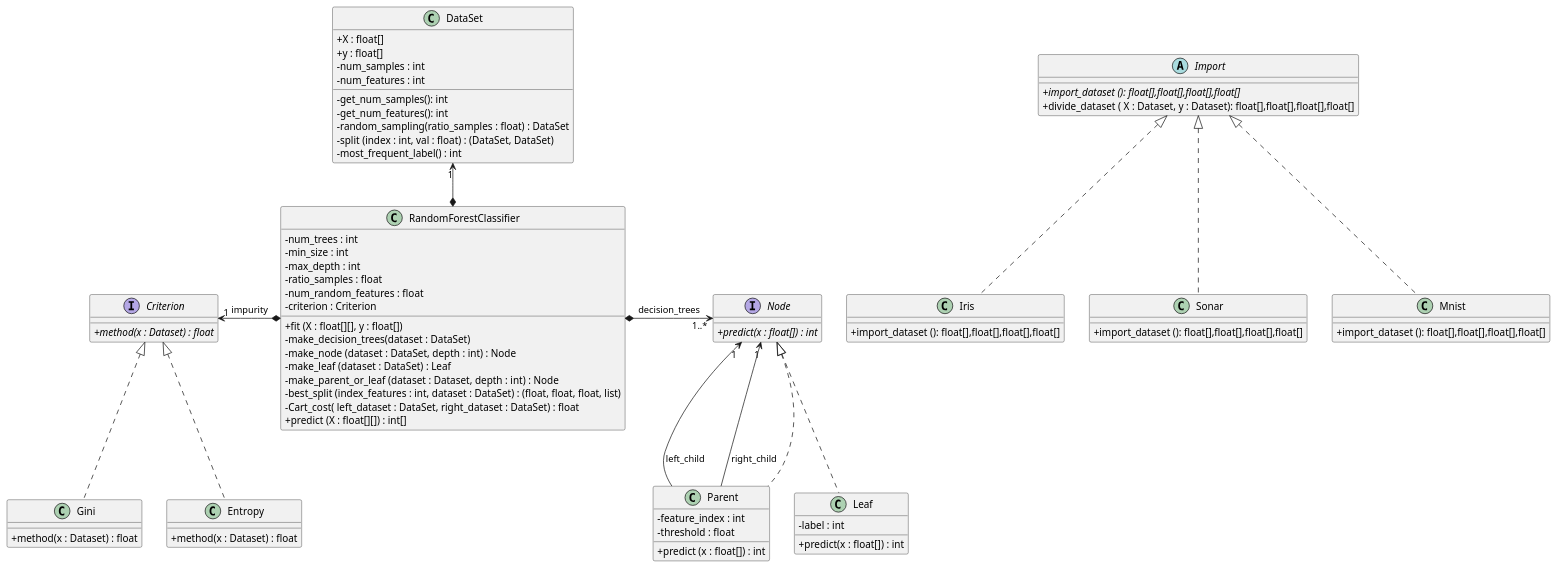
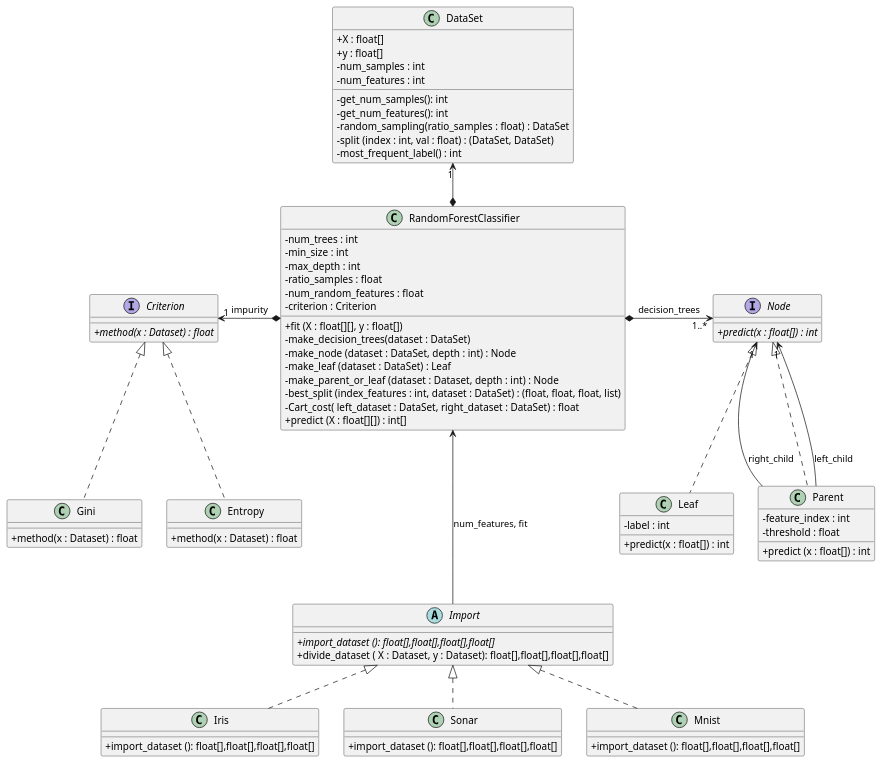
Before and after one commit to NIU1750517/POO_practica: the diagram in Milestone1/diagrama1.puml, drawn with PlantUML.

```diff
--- a/Milestone1/diagrama1.puml
+++ b/Milestone1/diagrama1.puml
@@ -1,86 +1,87 @@
 @startuml
 'https://plantuml.com/class-diagram
 
 ' - added class Criterion and derivatives that contains what's common of all
 '   criteria, before in RandomForestClassifier
 
 skinparam classAttributeIconSize 0
 skinparam noteFontSize 11
 'skinparam linetype ortho
 'skinparam linetype polyline
 
 class RandomForestClassifier {
 - num_trees : int
 - min_size : int
 - max_depth : int
 - ratio_samples : float
 - num_random_features : float
 - criterion : Criterion
 + fit (X : float[][], y : float[])
 - make_decision_trees(dataset : DataSet)
 - make_node (dataset : DataSet, depth : int) : Node
 - make_leaf (dataset : DataSet) : Leaf
 - make_parent_or_leaf (dataset : Dataset, depth : int) : Node
 - best_split (index_features : int, dataset : DataSet) : (float, float, float, list)
 - Cart_cost( left_dataset : DataSet, right_dataset : DataSet) : float
 + predict (X : float[][]) : int[]
 }
 class DataSet{
     + X : float[]
     + y : float[]
     - num_samples : int 
     - num_features : int
     - get_num_samples(): int
     - get_num_features(): int
     - random_sampling(ratio_samples : float) : DataSet
     - split (index : int, val : float) : (DataSet, DataSet)
     - most_frequent_label() : int
 
 }
 abstract Import{
     + {abstract} import_dataset (): float[],float[],float[],float[]
     + divide_dataset ( X : Dataset, y : Dataset): float[],float[],float[],float[]
 }
 class Iris implements Import{
     + import_dataset (): float[],float[],float[],float[]
 }
 class Sonar implements Import{
     + import_dataset (): float[],float[],float[],float[]
 }
 class Mnist implements Import{
     + import_dataset (): float[],float[],float[],float[]
 }
 interface Criterion {
    + {abstract} method(x : Dataset) : float
 }
 class Gini implements Criterion {
     + method(x : Dataset) : float
 }
 class Entropy implements Criterion {
     + method(x : Dataset) : float
 }
 interface Node {
 + {abstract} predict(x : float[]) : int
 }
 
 class Leaf implements Node {
 - label : int
 + predict(x : float[]) : int
 }
 
 class Parent implements Node {
 - feature_index : int
 - threshold : float
 + predict (x : float[]) : int
 }
 
 ' associacions
 RandomForestClassifier *-right-> "1..*" Node : decision_trees
 RandomForestClassifier *-left-> "1" Criterion : impurity
 RandomForestClassifier *-up-> "1"  DataSet 
 Parent -down-> "1" Node : left_child
 Parent -down-> "1" Node : right_child
+RandomForestClassifier <--- Import :  num_features, fit
 
 ' positionament
 'RandomForestClassifier -[hidden]-> Node
 @enduml
```
